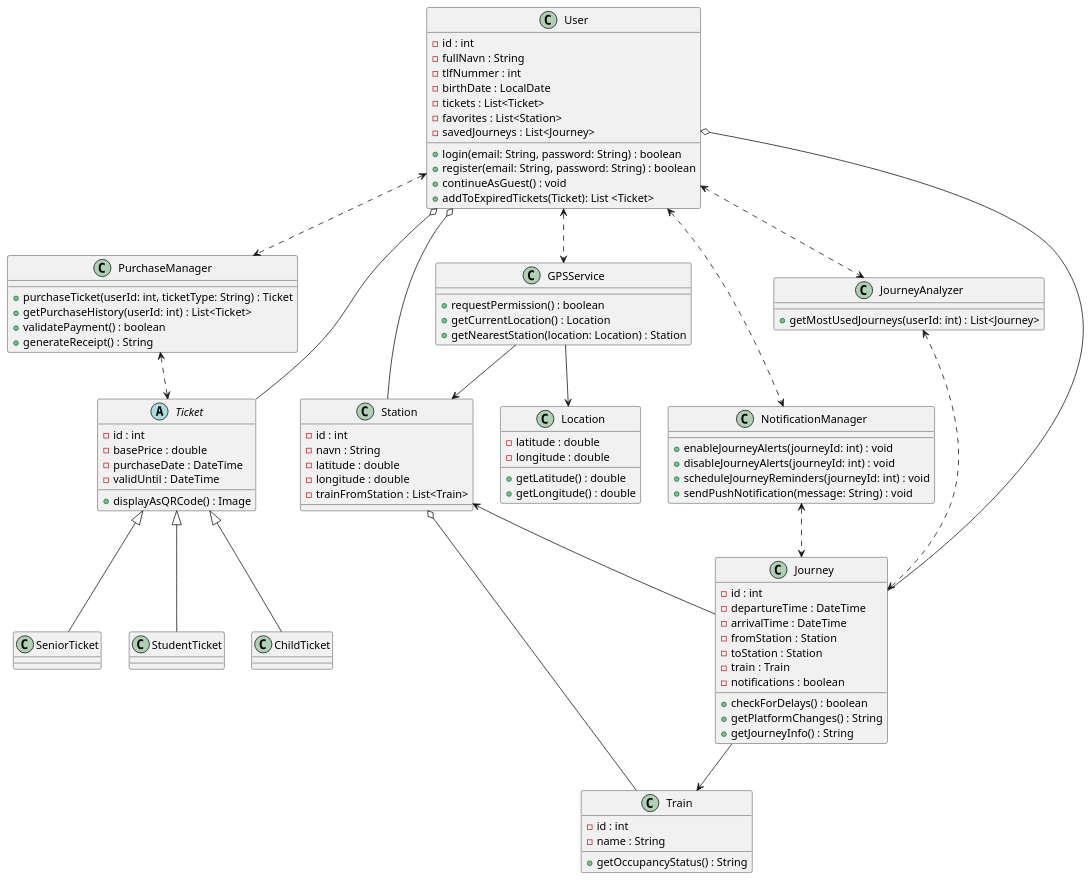
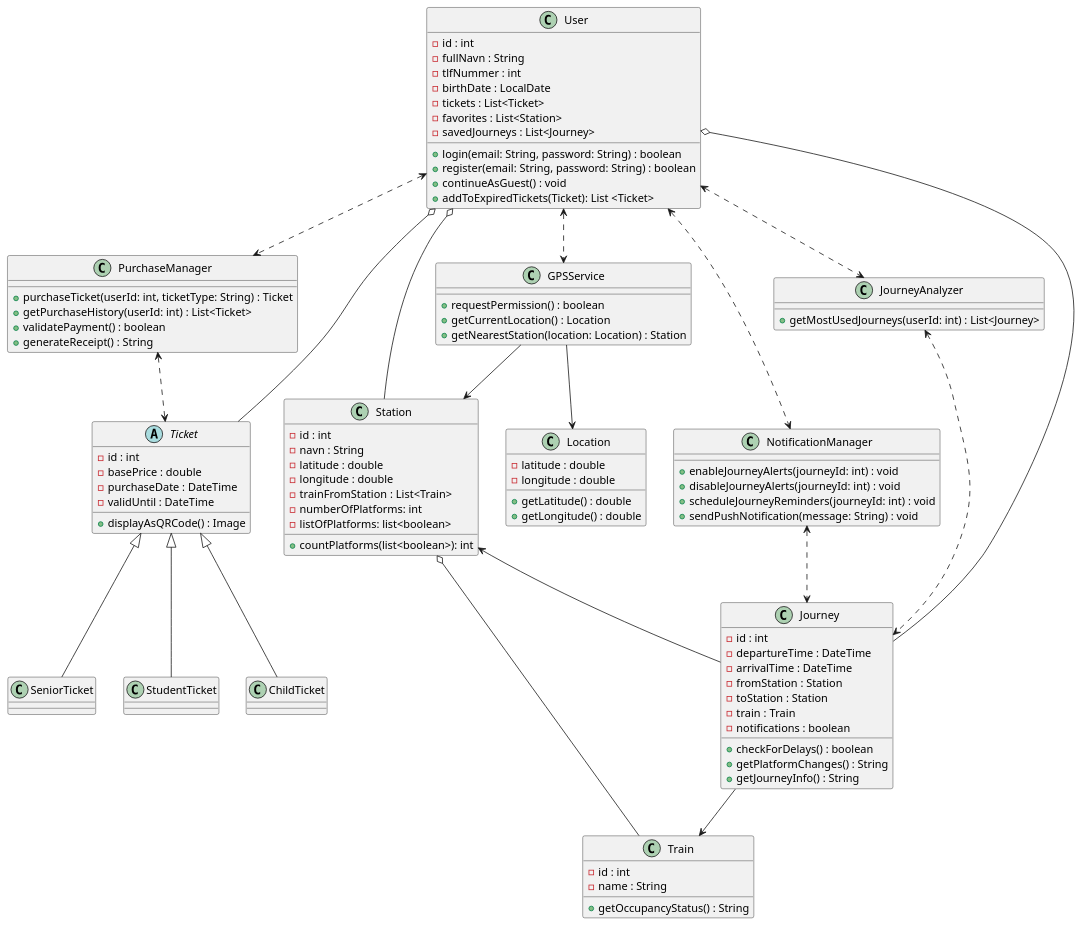
The diagram in classDiagram.puml (WaterIsNecessary/OnTheWay), drawn with PlantUML before and after one commit.

Commit message:
Spor variabler

```diff
--- a/classDiagram.puml
+++ b/classDiagram.puml
@@ -1,112 +1,115 @@
 @startuml
 
 abstract class Ticket {
     - id : int
     - basePrice : double
     - purchaseDate : DateTime
     - validUntil : DateTime
 
     + displayAsQRCode() : Image
 
 }
 
 class StudentTicket
 class ChildTicket
 class SeniorTicket
 
 Ticket <|-- StudentTicket
 Ticket <|-- ChildTicket
 Ticket <|-- SeniorTicket
 
 class User {
     - id : int
     - fullNavn : String
     - tlfNummer : int
     - birthDate : LocalDate
     - tickets : List<Ticket>
     - favorites : List<Station>
     - savedJourneys : List<Journey>
     + login(email: String, password: String) : boolean
     + register(email: String, password: String) : boolean
     + continueAsGuest() : void
     + addToExpiredTickets(Ticket): List <Ticket>
 }
 
 class NotificationManager {
     + enableJourneyAlerts(journeyId: int) : void
     + disableJourneyAlerts(journeyId: int) : void
     + scheduleJourneyReminders(journeyId: int) : void
     + sendPushNotification(message: String) : void
 }
 
 class PurchaseManager {
     + purchaseTicket(userId: int, ticketType: String) : Ticket
     + getPurchaseHistory(userId: int) : List<Ticket>
     + validatePayment() : boolean
     + generateReceipt() : String
 }
 
 class JourneyAnalyzer {
     + getMostUsedJourneys(userId: int) : List<Journey>
 }
 
 class GPSService {
     + requestPermission() : boolean
     + getCurrentLocation() : Location
     + getNearestStation(location: Location) : Station
 }
 
 class Location {
     - latitude : double
     - longitude : double
     + getLatitude() : double
     + getLongitude() : double
 }
 
 class Train {
     - id : int
     - name : String
     + getOccupancyStatus() : String
 }
 
 class Station {
     - id : int
     - navn : String
     - latitude : double
     - longitude : double
     - trainFromStation : List<Train>
+    - numberOfPlatforms: int
+    - listOfPlatforms: list<boolean>
+    + countPlatforms(list<boolean>): int
 }
 
 class Journey {
     - id : int
     - departureTime : DateTime
     - arrivalTime : DateTime
     - fromStation : Station
     - toStation : Station
     - train : Train
     - notifications : boolean
     + checkForDelays() : boolean
     + getPlatformChanges() : String
     + getJourneyInfo() : String
 }
 
 User <..> NotificationManager
 User <..> PurchaseManager
 User <..> JourneyAnalyzer
 User <..> GPSService
 
 PurchaseManager <..> Ticket
 NotificationManager <..> Journey
 JourneyAnalyzer <..> Journey
 GPSService --> Station
 GPSService --> Location
 
 User o-- Ticket
 Station o-- Train
 User o-- Station
 Station <-- Journey
 Journey --> Train
 Journey --o User
 
 
 @enduml
```
